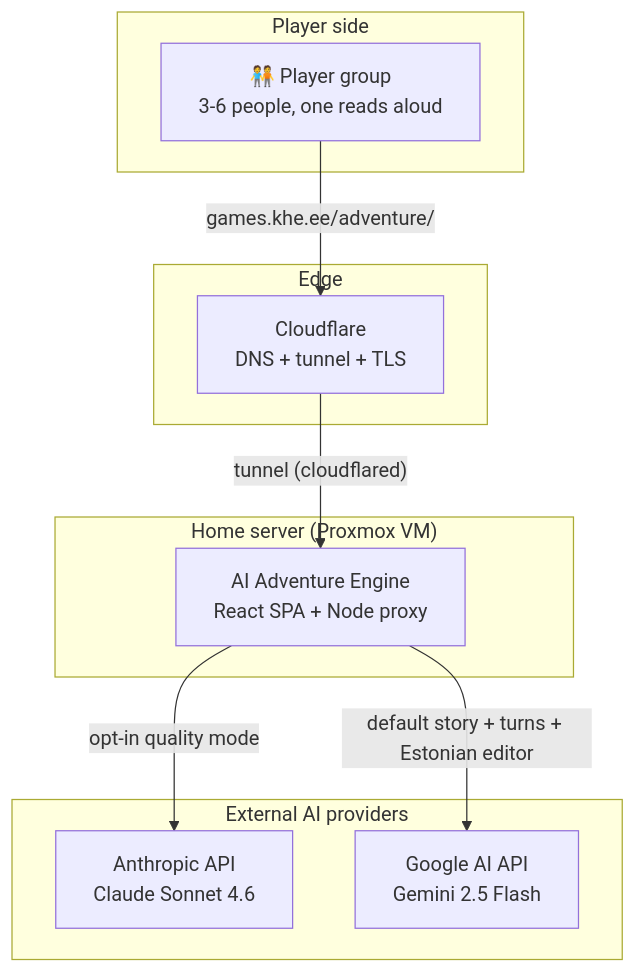
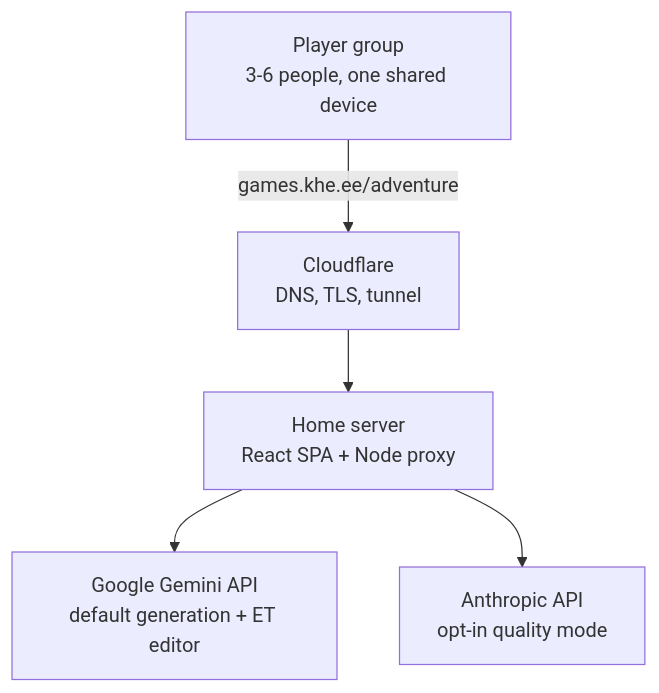
The first of 4 diagrams in docs/ARCHITECTURE.md (khelias/ai-adventure-engine), drawn with Mermaid before and after one commit. The commit also changed other lines of this file and 6 other files, not shown here.

````diff
--- a/docs/ARCHITECTURE.md
+++ b/docs/ARCHITECTURE.md
@@ -9,24 +26,13 @@
 ```mermaid
 flowchart TB
-    subgraph "Player side"
-        Group["🧑‍🤝‍🧑 Player group<br/>3-6 people, one reads aloud"]
-    end
+    Players["Player group<br/>3-6 people, one shared device"]
+    CF["Cloudflare<br/>DNS, TLS, tunnel"]
+    App["Home server<br/>React SPA + Node proxy"]
+    Gemini["Google Gemini API<br/>default generation + ET editor"]
+    Claude["Anthropic API<br/>opt-in quality mode"]
 
-    subgraph "Edge"
-        CF["Cloudflare<br/>DNS + tunnel + TLS"]
-    end
-
-    subgraph "Home server (Proxmox VM)"
-        Engine["AI Adventure Engine<br/>React SPA + Node proxy"]
-    end
-
-    subgraph "External AI providers"
-        Anthropic["Anthropic API<br/>Claude Sonnet 4.6"]
-        Google["Google AI API<br/>Gemini 2.5 Flash"]
-    end
-
-    Group -->|"games.khe.ee/adventure/"| CF
-    CF -->|"tunnel (cloudflared)"| Engine
-    Engine -->|"opt-in quality mode"| Anthropic
-    Engine -->|"default story + turns + Estonian editor"| Google
+    Players -->|"games.khe.ee/adventure"| CF
+    CF --> App
+    App --> Gemini
+    App --> Claude
 ```
````
